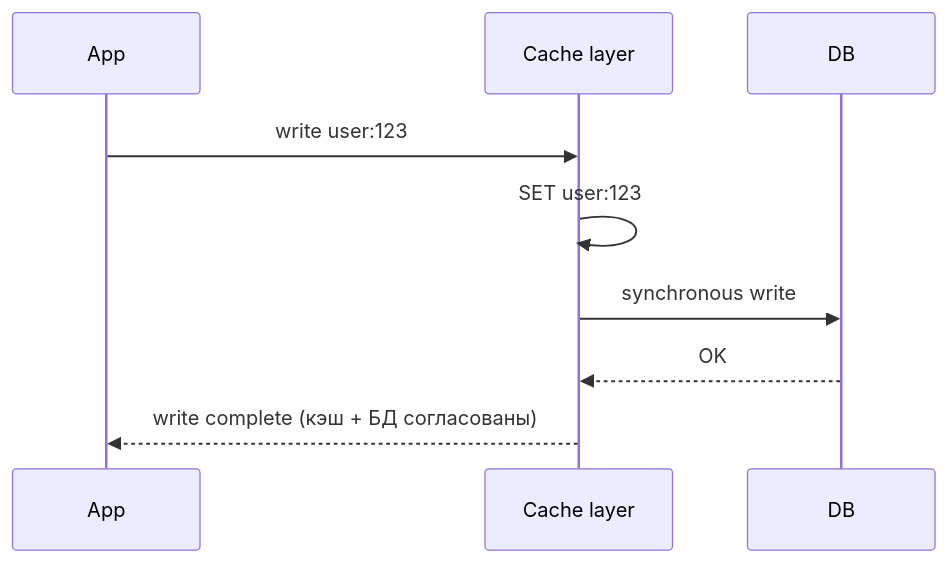
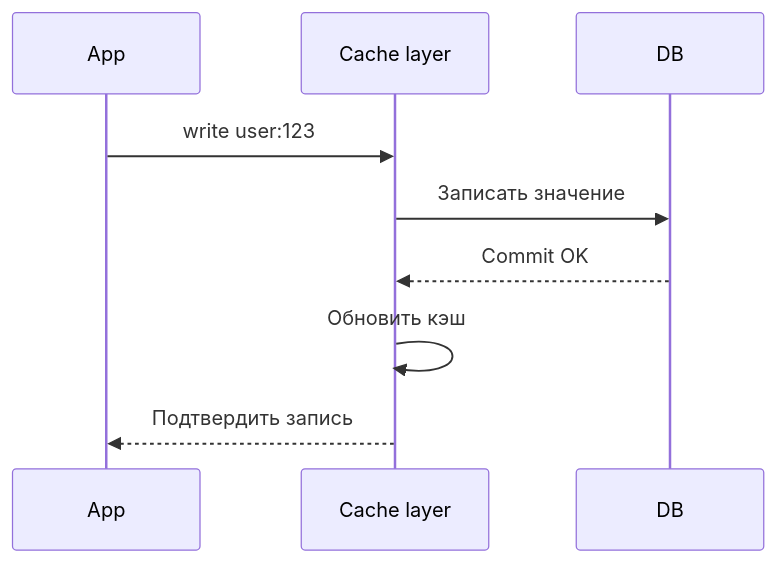
The third of 3 diagrams in 01-building-blocks/caching.md (AlohaJava/system-design-interview-chamkin), drawn with Mermaid before and after one commit. The commit also changed other lines of this file and 49 other files, not shown here.

````diff
--- a/01-building-blocks/caching.md
+++ b/01-building-blocks/caching.md
@@ -192,11 +208,11 @@
 ```mermaid
 sequenceDiagram
     participant A as App
     participant R as Cache layer
     participant D as DB
     A->>R: write user:123
-    R->>R: SET user:123
-    R->>D: synchronous write
-    D-->>R: OK
-    R-->>A: write complete (кэш + БД согласованы)
+    R->>D: Записать значение
+    D-->>R: Commit OK
+    R->>R: Обновить кэш
+    R-->>A: Подтвердить запись
 ```
````
